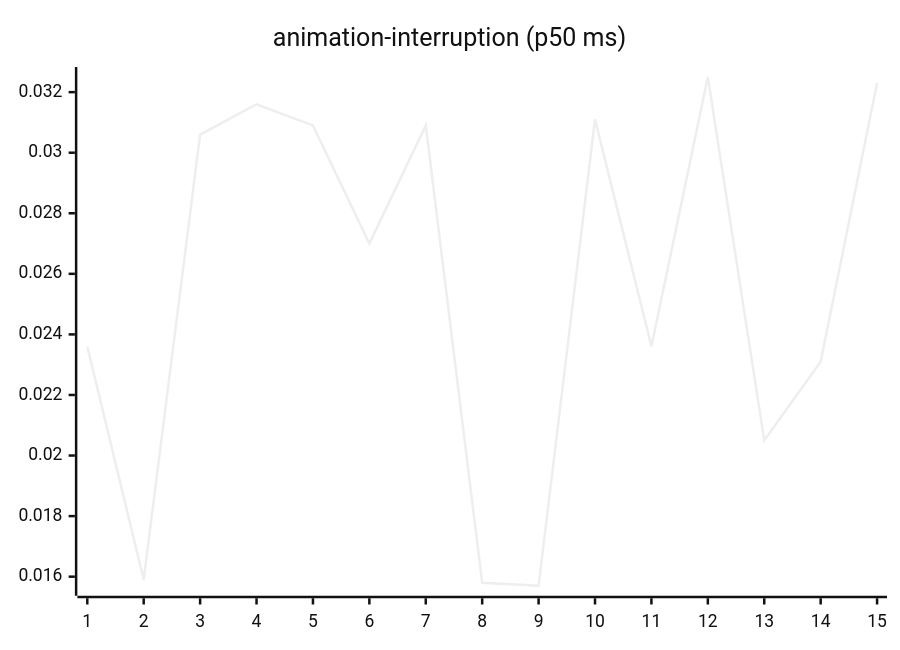
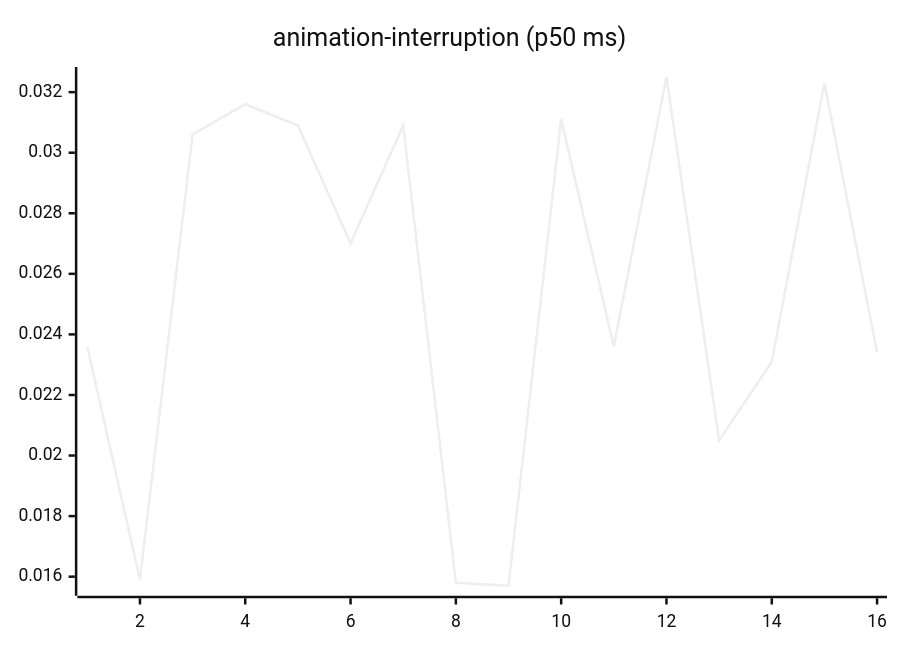
One commit to josha/Facet changed the third of 27 diagrams in README.md. Above: the diagram before and after it, drawn with Mermaid (neutral theme). The commit also changed other lines of this file and 2 other files, not shown here.

````diff
--- a/README.md
+++ b/README.md
@@ -77,6 +77,6 @@
 ```mermaid
 xychart-beta
     title "animation-interruption (p50 ms)"
-    x-axis 1 --> 15
-    line [0.0236, 0.0159, 0.0306, 0.0316, 0.0309, 0.0270, 0.0309, 0.0158, 0.0157, 0.0311, 0.0236, 0.0325, 0.0205, 0.0231, 0.0323]
+    x-axis 1 --> 16
+    line [0.0236, 0.0159, 0.0306, 0.0316, 0.0309, 0.0270, 0.0309, 0.0158, 0.0157, 0.0311, 0.0236, 0.0325, 0.0205, 0.0231, 0.0323, 0.0234]
 ```
````
